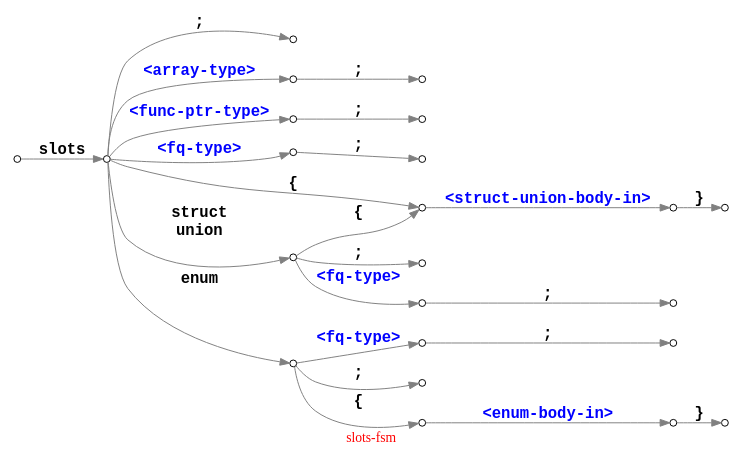
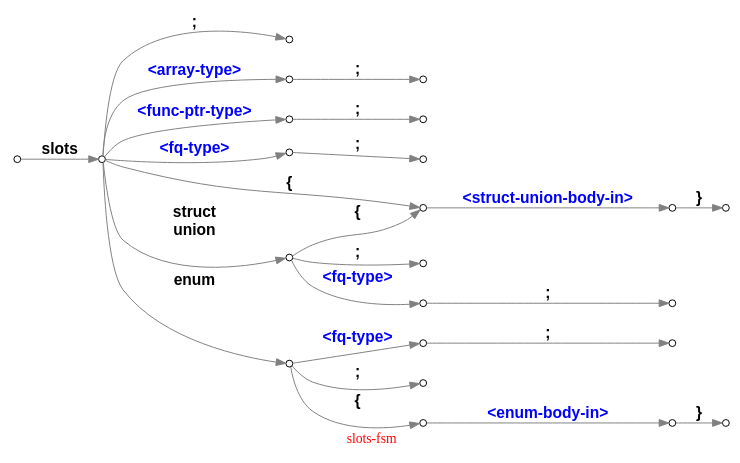
The diagram in slots-fsm.dot (Ayyzee/dakota), drawn with Graphviz before and after one commit.

Commit message:
Updated fontname.

```diff
--- a/slots-fsm.dot
+++ b/slots-fsm.dot
@@ -1,57 +1,57 @@
 // -*- mode: c++ -*-
 
 // slots <array-type>    ;        =>  typealias   slots-t = <array-type>    ;
 // slots <func-ptr-type> ;        =>  typealias   slots-t = <func-ptr-type> ;
 
 // slots         <>      ;        =>  typealias   slots-t =         <>      ;
 // slots struct  <>      ;        =>  typealias   slots-t = struct  <>      ;
 // slots union   <>      ;        =>  typealias   slots-t = union   <>      ;
 // slots enum    <>      ;        =>  typealias   slots-t = enum    <>      ;
 
 // slots                 ;        =>  struct      slots-t                   ;
 // slots                 { ... }  =>  struct      slots-t                   { ... }
 
 // slots struct          ;        =>  struct      slots-t                   ;
 // slots struct          { ... }  =>  struct      slots-t                   { ... }
 
 // slots union           ;        =>  union       slots-t                   ;
 // slots union           { ... }  =>  union       slots-t                   { ... }
 
 // slots enum            ;        =>  enum struct slots-t                   ;
 // slots enum            { ... }  =>  enum struct slots-t                   { ... }
 
 digraph "slots-fsm" {
   graph [ rankdir = LR, label = "\G", fontcolor = red ];
   //graph [ page = "8.5,11" ];
   graph [ size = "7.5,10" ];
-  edge [ fontsize = 16, fontname = "courier-bold", color = grey ];
+  edge [ fontsize = 16, fontname = "helvetica-bold", color = grey ];
   node [ shape = circle, fontsize = 12, width = 0.3, fixedsize = true ];
   node [ label = "", width = 0.1 ];
 
   000 -> 010 [ label = "slots" ];
 
   010 -> 015 [ label = ";" ];
   010 -> 141 [ label = "<array-type>", fontcolor = blue ];
   010 -> 142 [ label = "<func-ptr-type>", fontcolor = blue ];
   010 -> 140 [ label = "<fq-type>", fontcolor = blue ];
   140 -> 145 [ label = ";" ];
   141 -> 146 [ label = ";" ];
   142 -> 147 [ label = ";" ];
 
   010 -> 100 [ label = "struct\nunion" ];
   010 -> 110 [ label = "{" ];
   100 -> 110 [ label = "{" ];
   100 -> 105 [ label = ";" ];
   100 -> 150 [ label = "<fq-type>", fontcolor = blue ];
   150 -> 160 [ label = ";" ];
   110 -> 120 [ label = "<struct-union-body-in>", fontcolor = blue ];
   120 -> 130 [ label = "}" ];
 
   010 -> 030 [ label = "enum" ];
   030 -> 170 [ label = "<fq-type>", fontcolor = blue ];
   170 -> 180 [ label = ";" ];
   030 -> 035 [ label = ";" ];
   030 -> 060 [ label = "{" ];
   060 -> 070 [ label = "<enum-body-in>", fontcolor = blue ];
   070 -> 080 [ label = "}" ];
 }
```
